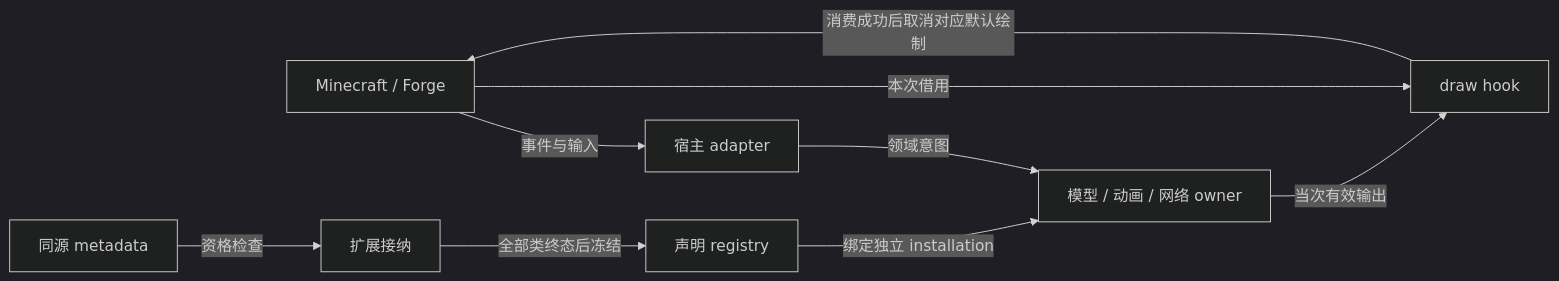
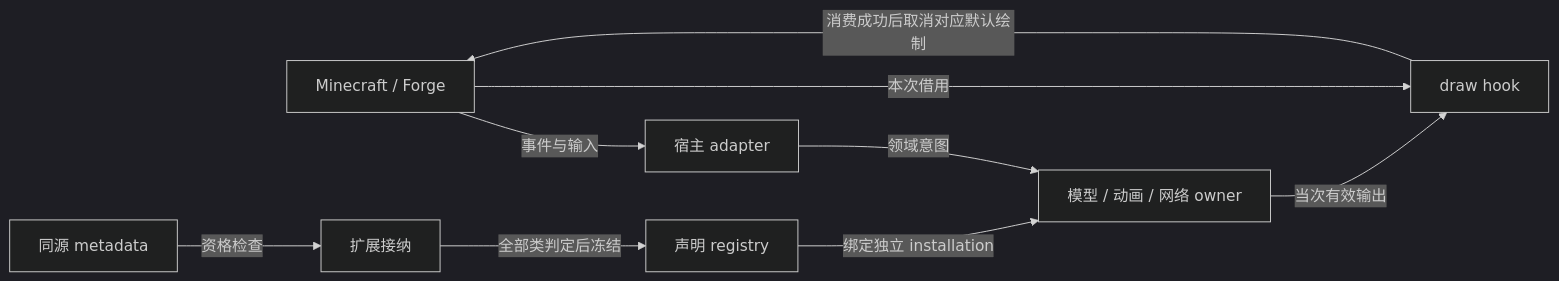
The diagram in docs/architecture/integration/overview.md (YesSteveModel/YesSteveModel), drawn with Mermaid (dark theme) before and after one commit. The commit also changed other lines of this file and 1109 other files, not shown here.

````diff
--- a/docs/architecture/integration/overview.md
+++ b/docs/architecture/integration/overview.md
@@ -27,11 +27,11 @@
 ```mermaid
 flowchart LR
     Host["Minecraft / Forge"] -->|事件与输入| Adapter["宿主 adapter"]
     Adapter -->|领域意图| Owner["模型 / 动画 / 网络 owner"]
     Owner -->|当次有效输出| Draw["draw hook"]
     Host -->|本次借用| Draw
     Draw -->|消费成功后取消对应默认绘制| Host
     Scan["同源 metadata"] -->|资格检查| Gate["扩展接纳"]
-    Gate -->|全部类终态后冻结| Registry["声明 registry"]
+    Gate -->|全部类判定后冻结| Registry["声明 registry"]
     Registry -->|绑定独立 installation| Owner
 ```
````
